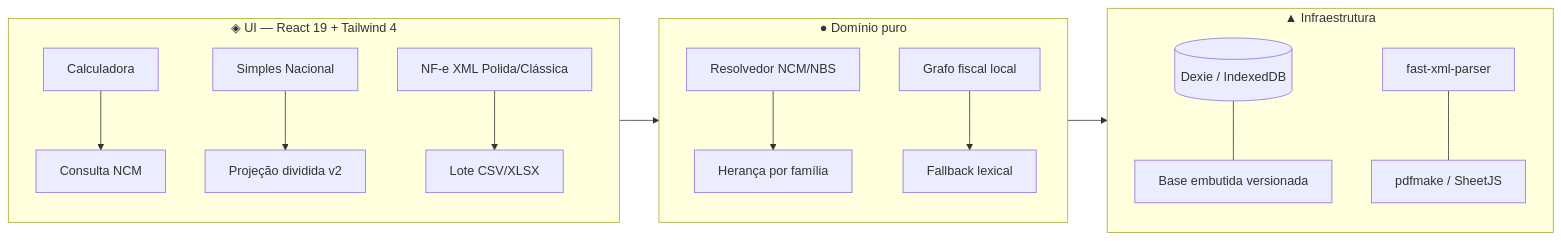
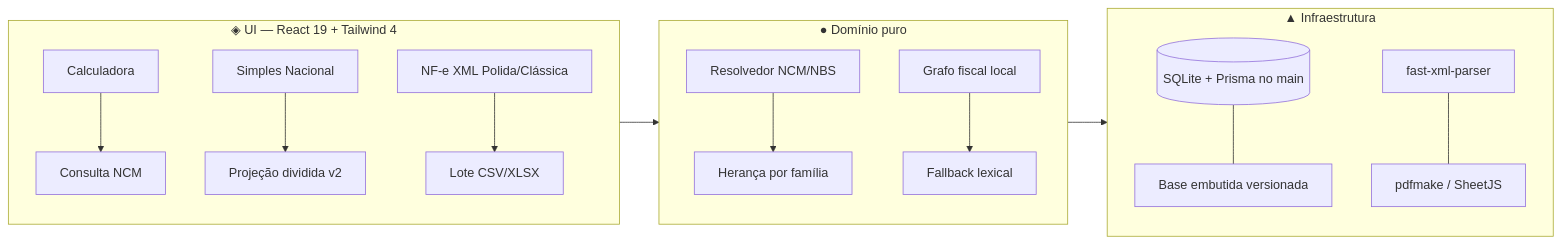
The diagram in README.md (Davidev29/aurum-tax-ncm), drawn with Mermaid before and after one commit. The commit also changed other lines of this file and 112 other files, not shown here.

First line of the commit message:
feat(db): migra banco local de Dexie/IndexedDB para SQLite via Prisma

````diff
--- a/README.md
+++ b/README.md
@@ -66,17 +67,17 @@
 ```mermaid
 flowchart LR
     subgraph UI["◈ UI — React 19 + Tailwind 4"]
         A[Calculadora] --> C[Consulta NCM]
         S[Simples Nacional] --> P[Projeção dividida v2]
         N[NF-e XML Polida/Clássica] --> L[Lote CSV/XLSX]
     end
     subgraph DOM["● Domínio puro"]
         R[Resolvedor NCM/NBS] --> H[Herança por família]
         G[Grafo fiscal local] --> F[Fallback lexical]
     end
     subgraph INF["▲ Infraestrutura"]
-        D[(Dexie / IndexedDB)] --- B[Base embutida versionada]
+        D[(SQLite + Prisma no main)] --- B[Base embutida versionada]
         X[fast-xml-parser] --- E[pdfmake / SheetJS]
     end
     UI --> DOM --> INF
 ```
````
